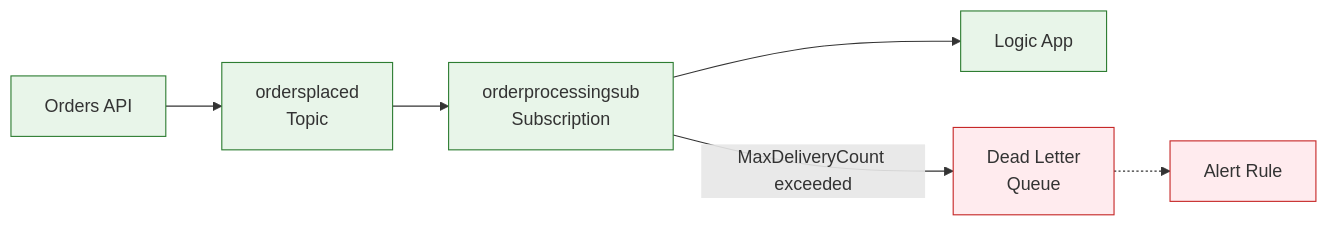
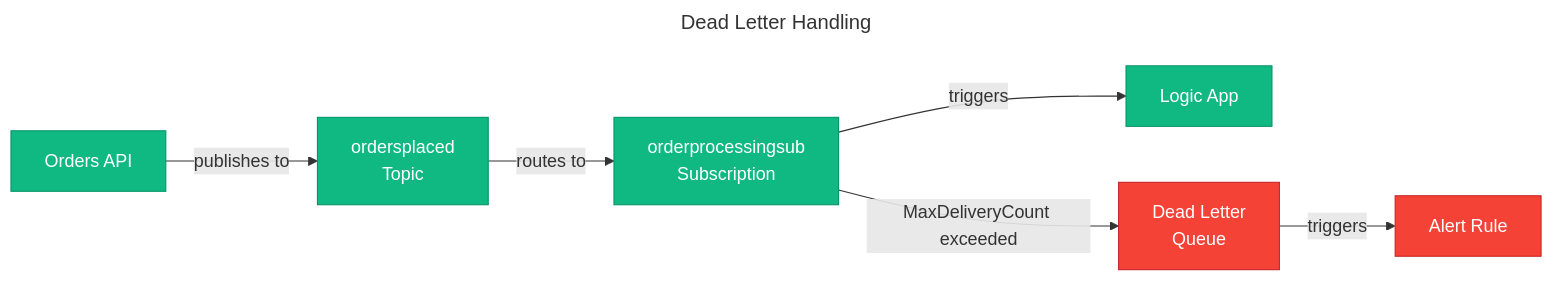
The diagram in docs/architecture/adr/ADR-002-service-bus-messaging.md (Evilazaro/Azure-LogicApps-Monitoring), drawn with Mermaid before and after one commit. The commit also changed 1 other file, not shown here.

Commit message:
feat: Enhance observability architecture diagrams with improved dead letter handling and implementation flow

````diff
--- a/docs/architecture/adr/ADR-002-service-bus-messaging.md
+++ b/docs/architecture/adr/ADR-002-service-bus-messaging.md
@@ -188,19 +188,28 @@
 ```mermaid
+---
+title: Dead Letter Handling
+---
 flowchart LR
+    %% ===== NODES =====
     Publisher["Orders API"]
     Topic["ordersplaced<br/>Topic"]
     Sub["orderprocessingsub<br/>Subscription"]
     LA["Logic App"]
     DLQ["Dead Letter<br/>Queue"]
     Alert["Alert Rule"]
 
-    Publisher --> Topic --> Sub --> LA
+    %% ===== CONNECTIONS =====
+    Publisher -->|"publishes to"| Topic
+    Topic -->|"routes to"| Sub
+    Sub -->|"triggers"| LA
     Sub -->|"MaxDeliveryCount exceeded"| DLQ
-    DLQ -.-> Alert
+    DLQ -->|"triggers"| Alert
 
-    classDef normal fill:#e8f5e9,stroke:#2e7d32
-    classDef error fill:#ffebee,stroke:#c62828
+    %% ===== STYLES - NODE CLASSES =====
+    classDef secondary fill:#10B981,stroke:#059669,color:#FFFFFF
+    classDef failed fill:#F44336,stroke:#C62828,color:#FFFFFF
 
-    class Publisher,Topic,Sub,LA normal
-    class DLQ,Alert error
+    %% ===== CLASS ASSIGNMENTS =====
+    class Publisher,Topic,Sub,LA secondary
+    class DLQ,Alert failed
 ```
````
